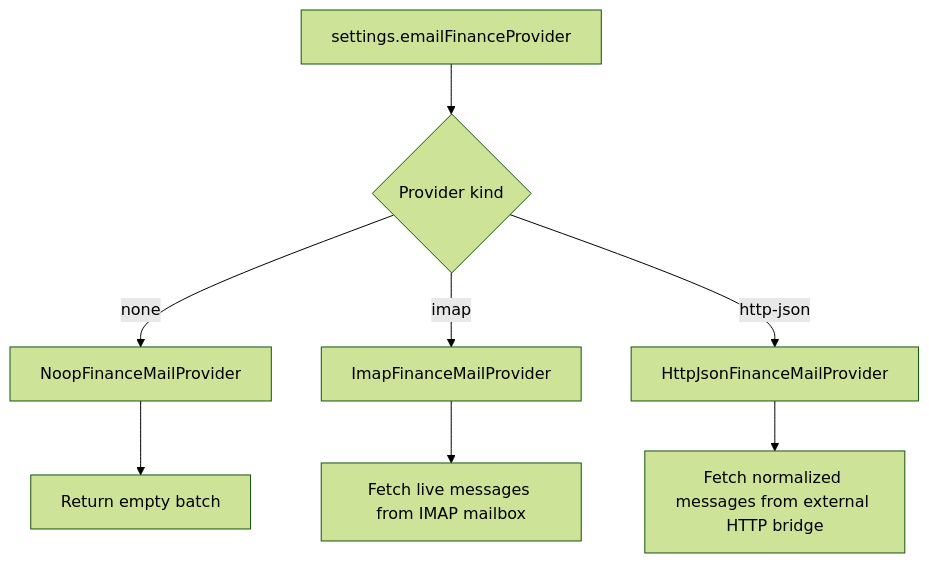
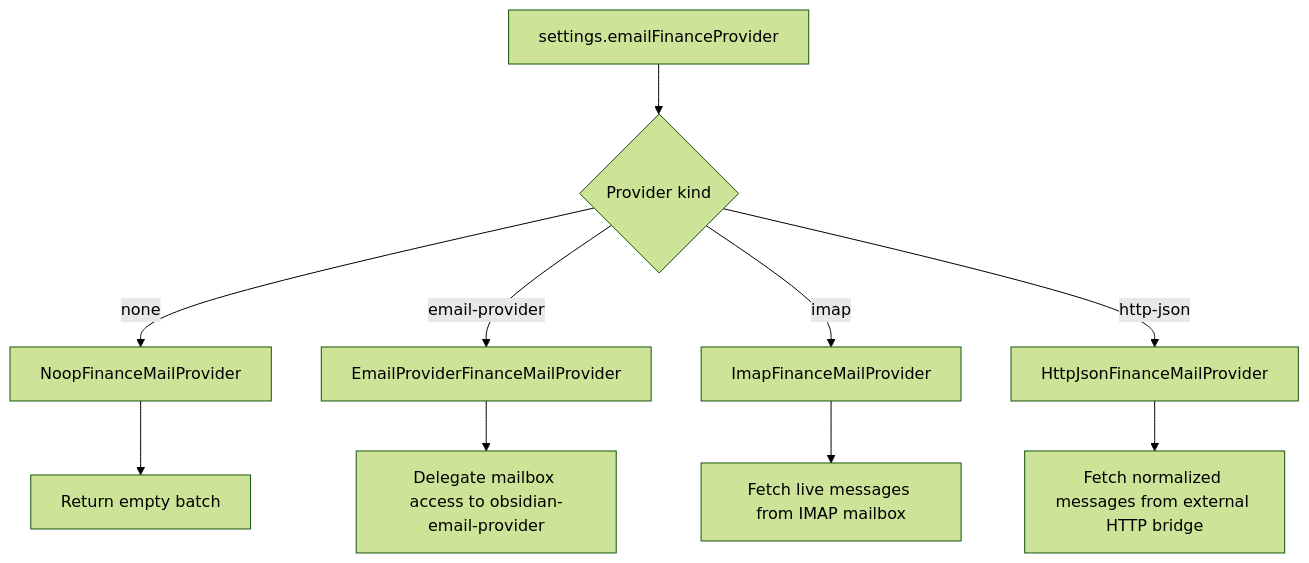
The third of 16 diagrams in docs/email-finance-intake-architecture.md (Xoanis/obsidian-expense-manager), drawn with Mermaid (forest theme) before and after one commit. The commit also changed other lines of this file and 12 other files, not shown here.

Commit message:
feat: migrated on email-provider api, multisearch

````diff
--- a/docs/email-finance-intake-architecture.md
+++ b/docs/email-finance-intake-architecture.md
@@ -171,11 +194,13 @@
 ```mermaid
 flowchart TD
     A["settings.emailFinanceProvider"] --> B{"Provider kind"}
     B -->|"none"| C["NoopFinanceMailProvider"]
-    B -->|"imap"| D["ImapFinanceMailProvider"]
-    B -->|"http-json"| E["HttpJsonFinanceMailProvider"]
+    B -->|"email-provider"| D["EmailProviderFinanceMailProvider"]
+    B -->|"imap"| E["ImapFinanceMailProvider"]
+    B -->|"http-json"| F["HttpJsonFinanceMailProvider"]
 
-    C --> F["Return empty batch"]
-    D --> G["Fetch live messages from IMAP mailbox"]
-    E --> H["Fetch normalized messages from external HTTP bridge"]
+    C --> G["Return empty batch"]
+    D --> H["Delegate mailbox access to obsidian-email-provider"]
+    E --> I["Fetch live messages from IMAP mailbox"]
+    F --> J["Fetch normalized messages from external HTTP bridge"]
 ```
````
